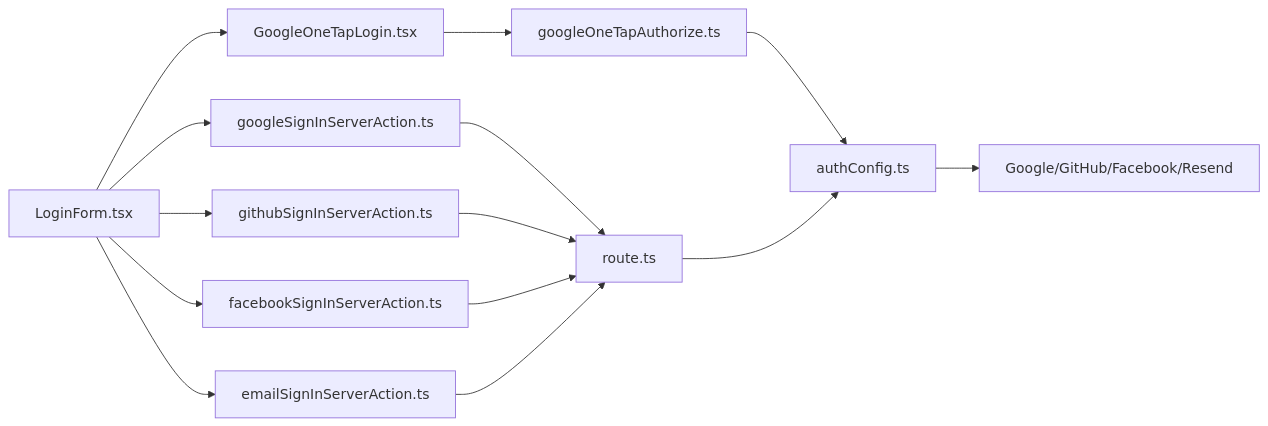
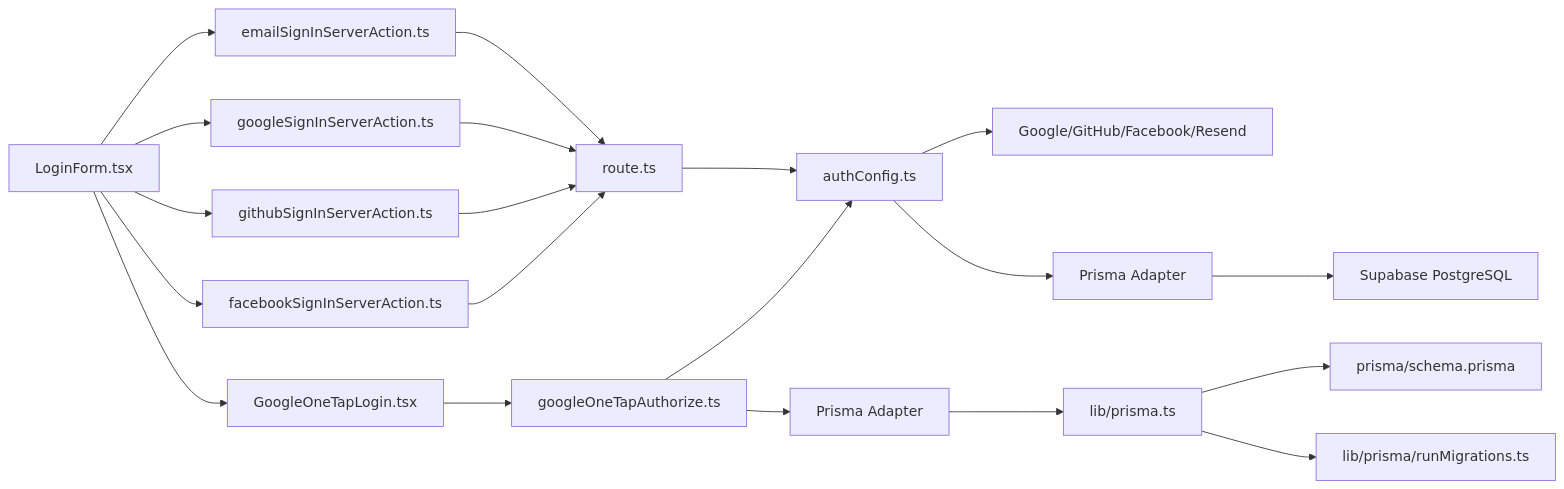
Before and after one commit to AlexKutz/math-app-next-js: the sixth of 6 diagrams in .qoder/repowiki/en/content/Authentication & Authorization.md, drawn with Mermaid. The commit also changed other lines of this file and 9 other files, not shown here.

````diff
--- a/.qoder/repowiki/en/content/Authentication & Authorization.md
+++ b/.qoder/repowiki/en/content/Authentication & Authorization.md
@@ -293,16 +395,22 @@
 ```mermaid
 graph LR
 LoginForm["LoginForm.tsx"] --> EmailAction["emailSignInServerAction.ts"]
 LoginForm --> GoogleAction["googleSignInServerAction.ts"]
 LoginForm --> GithubAction["githubSignInServerAction.ts"]
 LoginForm --> FacebookAction["facebookSignInServerAction.ts"]
 LoginForm --> OneTapComp["GoogleOneTapLogin.tsx"]
 GoogleAction --> Route["route.ts"]
 GithubAction --> Route
 FacebookAction --> Route
 EmailAction --> Route
 OneTapComp --> OneTapAuth["googleOneTapAuthorize.ts"]
 OneTapAuth --> Config["authConfig.ts"]
+OneTapAuth --> PrismaAdapter["Prisma Adapter"]
+PrismaAdapter --> PrismaClient["lib/prisma.ts"]
+PrismaClient --> Schema["prisma/schema.prisma"]
+PrismaClient --> Migrations["lib/prisma/runMigrations.ts"]
 Route --> Config
 Config --> Providers["Google/GitHub/Facebook/Resend"]
+Config --> Adapter["Prisma Adapter"]
+Adapter --> SupabaseDB["Supabase PostgreSQL"]
 ```
````
